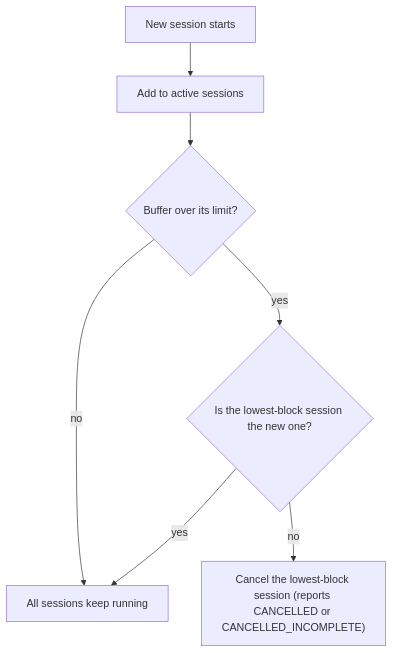
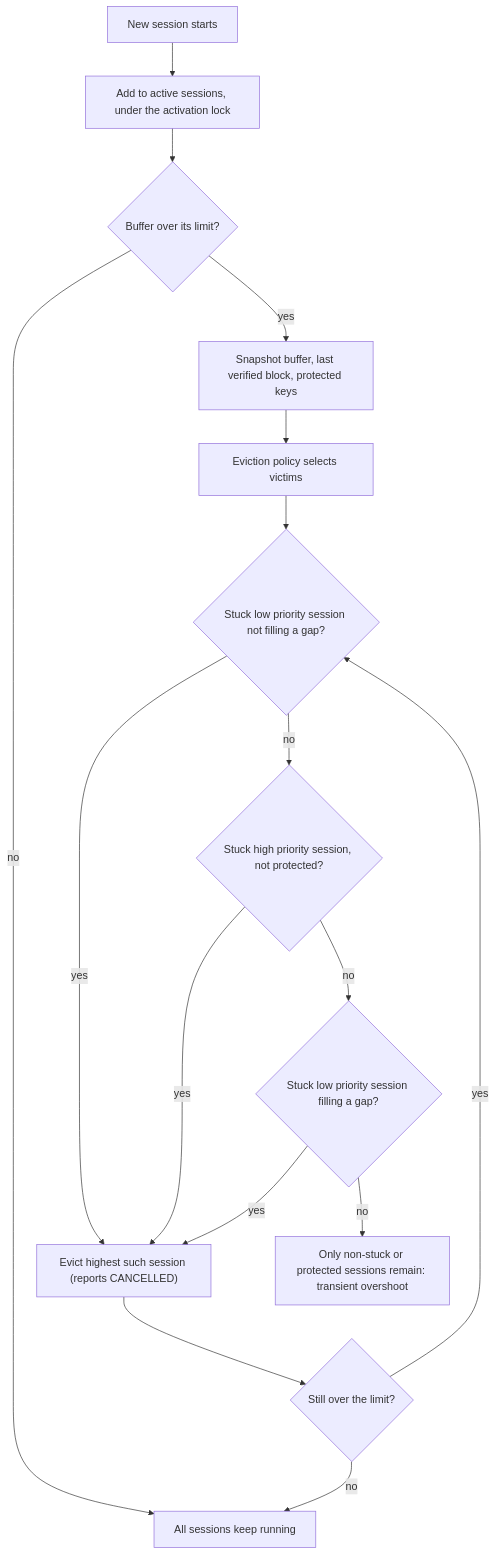
The fifth of 5 diagrams in docs/design/block-verification.md (hiero-ledger/hiero-block-node), drawn with Mermaid before and after one commit. The commit also changed other lines of this file and 21 other files, not shown here.

````diff
--- a/docs/design/block-verification.md
+++ b/docs/design/block-verification.md
@@ -326,9 +395,18 @@
 ```mermaid
 flowchart TD
-    NS[New session starts] --> ADD[Add to active sessions]
+    NS[New session starts] --> ADD[Add to active sessions, under the activation lock]
     ADD --> FULL{Buffer over its limit?}
     FULL -- no --> RUN[All sessions keep running]
-    FULL -- yes --> LOW{"Is the lowest-block session the new one?"}
-    LOW -- no --> CANCEL["Cancel the lowest-block session (reports CANCELLED or CANCELLED_INCOMPLETE)"]
-    LOW -- yes --> RUN
+    FULL -- yes --> SNAP[Snapshot buffer, last verified block, protected keys]
+    SNAP --> POL[Eviction policy selects victims]
+    POL --> T1{"Stuck low priority session not filling a gap?"}
+    T1 -- yes --> EV["Evict highest such session (reports CANCELLED)"]
+    T1 -- no --> T2{"Stuck high priority session, not protected?"}
+    T2 -- yes --> EV
+    T2 -- no --> T3{"Stuck low priority session filling a gap?"}
+    T3 -- yes --> EV
+    T3 -- no --> OVER[Only non-stuck or protected sessions remain: transient overshoot]
+    EV --> AGAIN{Still over the limit?}
+    AGAIN -- yes --> T1
+    AGAIN -- no --> RUN
 ```
````
